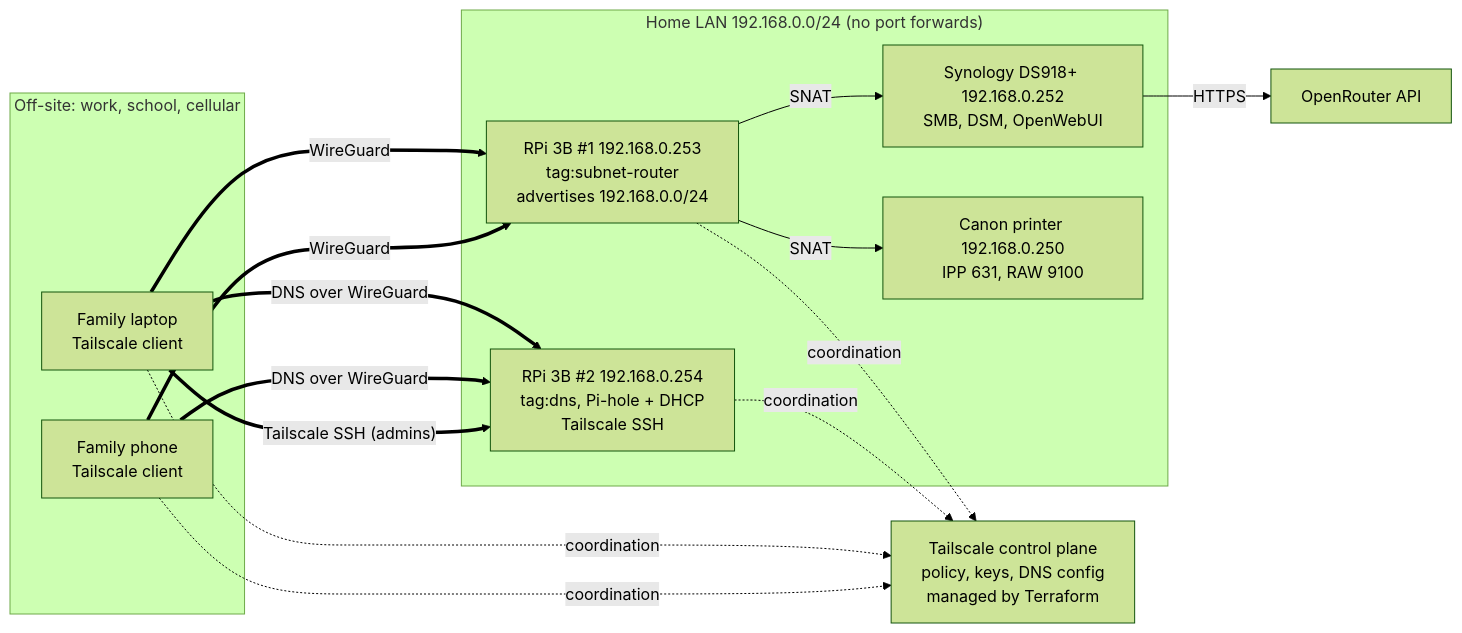
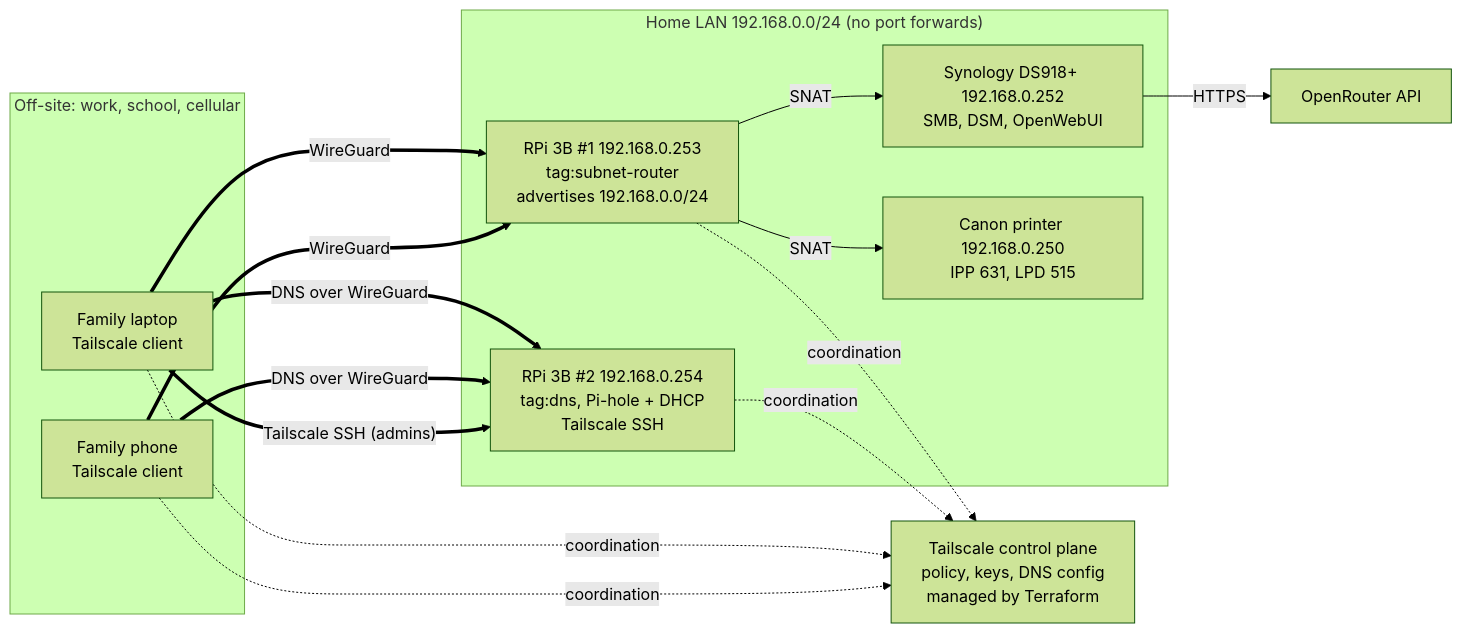
Before and after one commit to muneebmaster/tailscale-master-family: the diagram in README.md, drawn with Mermaid (forest theme). The commit also changed other lines of this file and 1 other file, not shown here.

Commit message:
fix(terraform): drop printer and NAS ports with no listening service

````diff
--- a/README.md
+++ b/README.md
@@ -33,33 +33,33 @@
 ```mermaid
 flowchart LR
     subgraph remote["Off-site: work, school, cellular"]
         laptop["Family laptop<br/>Tailscale client"]
         phone["Family phone<br/>Tailscale client"]
     end
 
     control["Tailscale control plane<br/>policy, keys, DNS config<br/>managed by Terraform"]
 
     subgraph home["Home LAN 192.168.0.0/24 (no port forwards)"]
         router["RPi 3B #1 192.168.0.253<br/>tag:subnet-router<br/>advertises 192.168.0.0/24"]
         pihole["RPi 3B #2 192.168.0.254<br/>tag:dns, Pi-hole + DHCP<br/>Tailscale SSH"]
         nas["Synology DS918+ 192.168.0.252<br/>SMB, DSM, OpenWebUI"]
-        printer["Canon printer 192.168.0.250<br/>IPP 631, RAW 9100"]
+        printer["Canon printer 192.168.0.250<br/>IPP 631, LPD 515"]
     end
 
     openrouter["OpenRouter API"]
 
     laptop -. "coordination" .-> control
     phone -. "coordination" .-> control
     router -. "coordination" .-> control
     pihole -. "coordination" .-> control
 
     laptop == "WireGuard" ==> router
     phone == "WireGuard" ==> router
     laptop == "DNS over WireGuard" ==> pihole
     phone == "DNS over WireGuard" ==> pihole
     laptop == "Tailscale SSH (admins)" ==> pihole
 
     router -- "SNAT" --> printer
     router -- "SNAT" --> nas
     nas -- "HTTPS" --> openrouter
 ```
````
